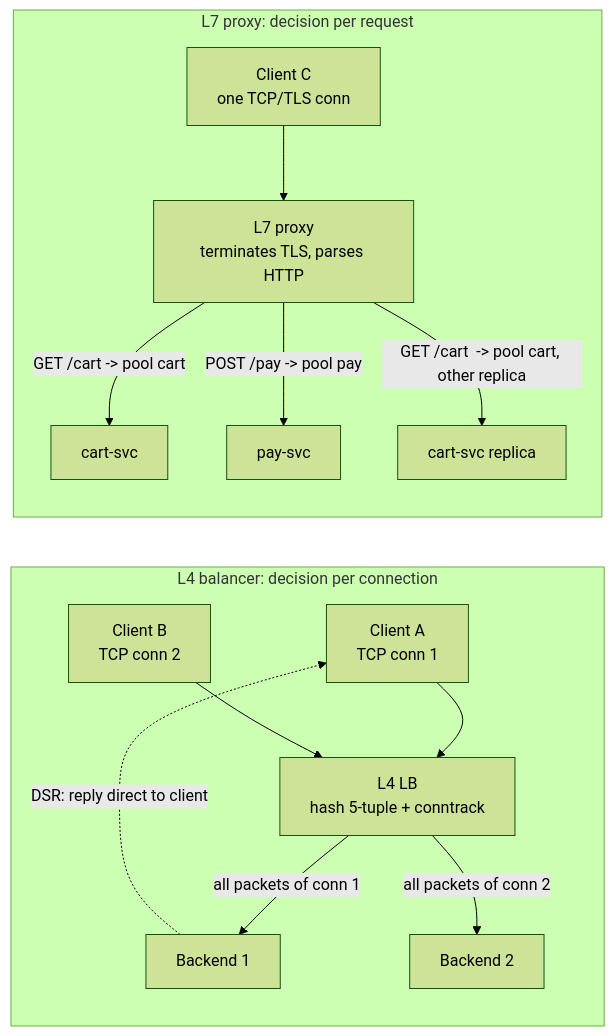
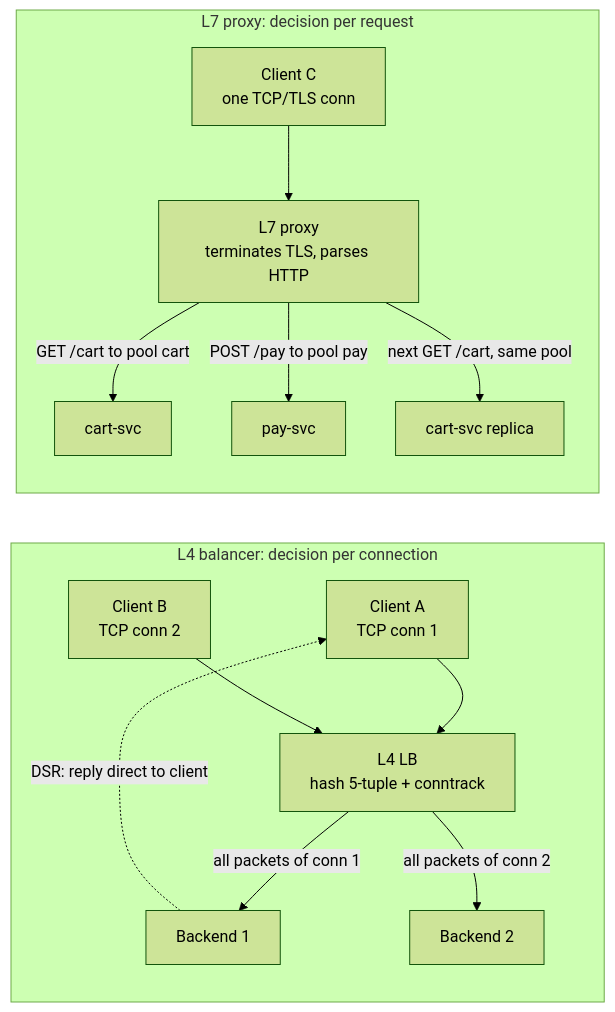
The first of 5 diagrams in vol-03-networking/ch09-load-balancing.md (bumbsclaw/textbooks), drawn with Mermaid (forest theme) before and after one commit. The commit also changed other lines of this file and 4 other files, not shown here.

````diff
--- a/vol-03-networking/ch09-load-balancing.md
+++ b/vol-03-networking/ch09-load-balancing.md
@@ -123,16 +121,16 @@
 ```mermaid
 flowchart LR
   subgraph L4["L4 balancer: decision per connection"]
     C1["Client A<br/>TCP conn 1"] --> LB4["L4 LB<br/>hash 5-tuple + conntrack"]
     LB4 -->|"all packets of conn 1"| B1["Backend 1"]
     C2["Client B<br/>TCP conn 2"] --> LB4
     LB4 -->|"all packets of conn 2"| B2["Backend 2"]
     B1 -.->|"DSR: reply direct to client"| C1
   end
   subgraph L7["L7 proxy: decision per request"]
     C3["Client C<br/>one TCP/TLS conn"] --> LB7["L7 proxy<br/>terminates TLS, parses HTTP"]
-    LB7 -->|"GET /cart  -> pool cart"| B3["cart-svc"]
-    LB7 -->|"POST /pay -> pool pay"| B4["pay-svc"]
-    LB7 -->|"GET /cart  -> pool cart, other replica"| B5["cart-svc replica"]
+    LB7 -->|"GET /cart to pool cart"| B3["cart-svc"]
+    LB7 -->|"POST /pay to pool pay"| B4["pay-svc"]
+    LB7 -->|"next GET /cart, same pool"| B5["cart-svc replica"]
   end
 ```
````
